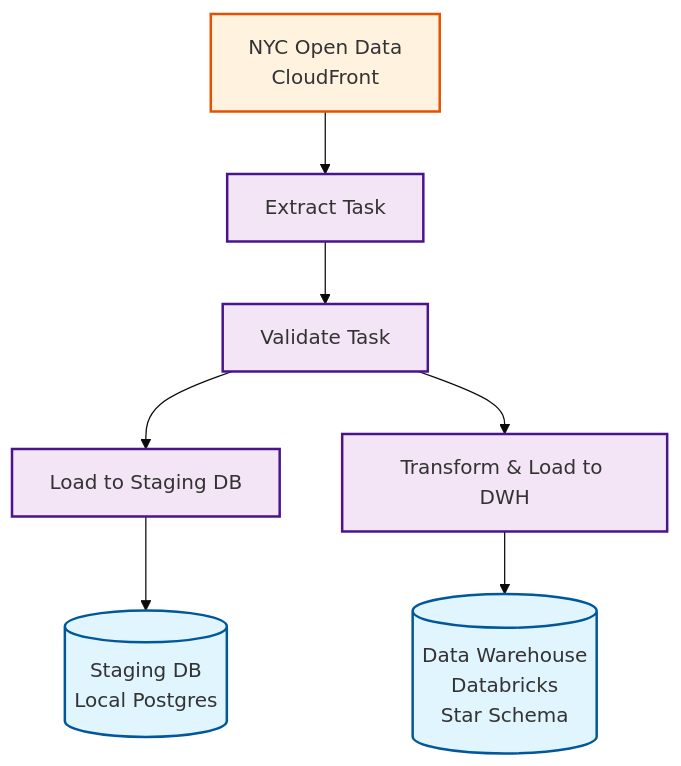
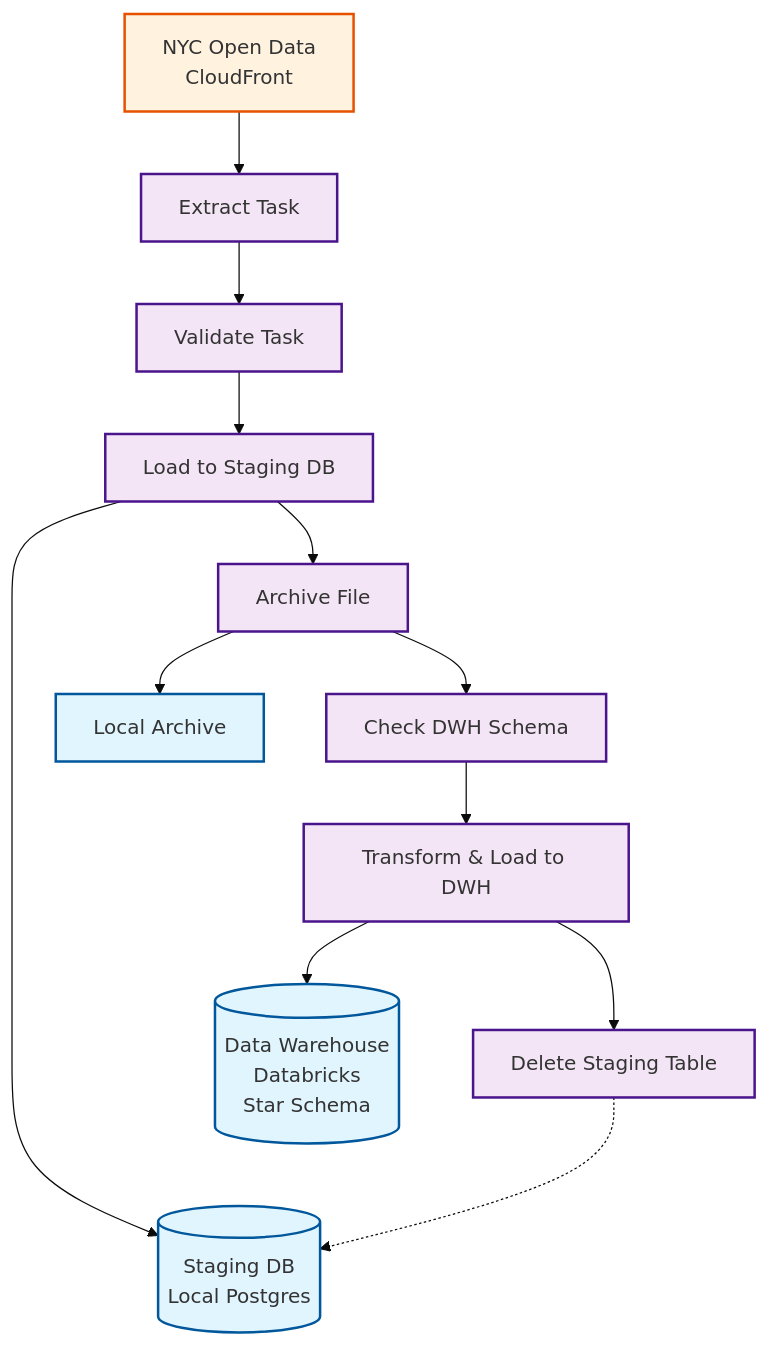
One commit to Hamza-Bouali/TAXI_BI changed the diagram in README.md. Above: the diagram before and after it, drawn with Mermaid (base theme). The commit also changed other lines of this file, not shown here.

Commit message:
update the schema

````diff
--- a/README.md
+++ b/README.md
@@ -20,18 +20,23 @@
 ```mermaid
 graph TD
     Source[NYC Open Data<br/>CloudFront] --> Extract[Extract Task]
     Extract --> Validate[Validate Task]
     Validate --> LoadStaging[Load to Staging DB]
-    Validate --> LoadDWH[Transform & Load to DWH]
+    LoadStaging --> Archive[Archive File]
+    Archive --> CheckSchema[Check DWH Schema]
+    CheckSchema --> LoadDWH[Transform & Load to DWH]
+    LoadDWH --> Cleanup[Delete Staging Table]
     
     LoadStaging --> StagingDB[(Staging DB<br/>Local Postgres)]
     LoadDWH --> DWH[(Data Warehouse<br/>Databricks<br/>Star Schema)]
+    Archive --> LocalStorage[Local Archive]
+    Cleanup -.-> StagingDB
 
     classDef storage fill:#e1f5fe,stroke:#01579b,stroke-width:2px;
     classDef process fill:#f3e5f5,stroke:#4a148c,stroke-width:2px;
     classDef source fill:#fff3e0,stroke:#e65100,stroke-width:2px;
 
     class Source source;
-    class Extract,Validate,LoadStaging,LoadDWH process;
-    class StagingDB,DWH storage;
+    class Extract,Validate,LoadStaging,Archive,CheckSchema,LoadDWH,Cleanup process;
+    class StagingDB,DWH,LocalStorage storage;
 ```
````
